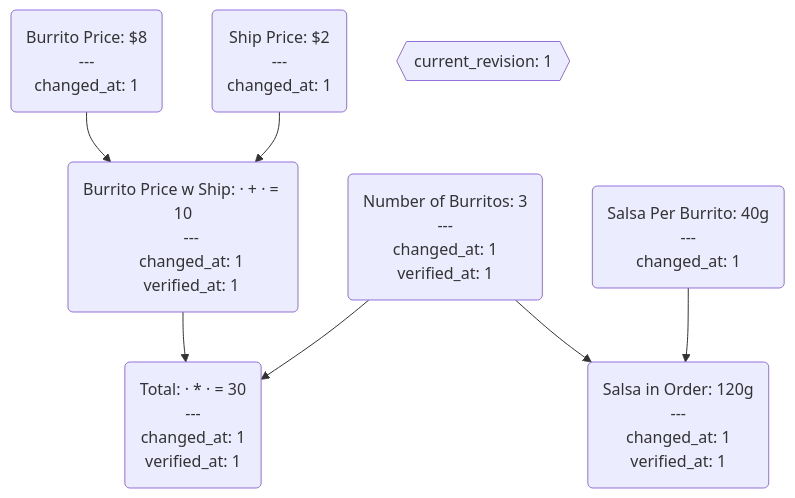
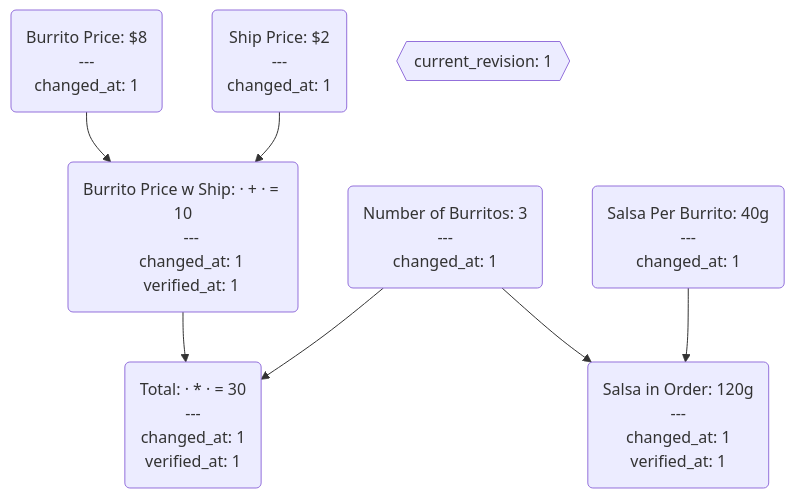
Before and after one commit to xffxff/xffxff.github.io: the seventh of 9 diagrams in drafts/salsa.md, drawn with Mermaid. The commit also changed other lines of this file, not shown here.

````diff
--- a/drafts/salsa.md
+++ b/drafts/salsa.md
@@ -78,49 +163,48 @@
 ```mermaid
 graph TD;
 
     bp("Burrito Price: $8 
     ---
     changed_at: 1")
 
     bpws("Burrito Price w Ship: · + · = 10
     ---
     changed_at: 1
     verified_at: 1
     ");
 
     bp-->bpws
 
     sp("Ship Price: $2
     ---
     changed_at: 1");
 
     sp-->bpws;
 
     nb("Number of Burritos: 3
     ---
     changed_at: 1
-    verified_at: 1
     ")-->total;
 
     bpws-->total;
 
     total("Total: · * · = 30
     ---
     changed_at: 1
     verified_at: 1
     ");
 
     spb("Salsa Per Burrito: 40g
     ---
     changed_at: 1") --> salsa;
 
     nb-->salsa;
 
     salsa("Salsa in Order: 120g
     ---
     changed_at: 1
     verified_at: 1
     ");
 
     current_revision{{current_revision: 1}};
 ```
````
